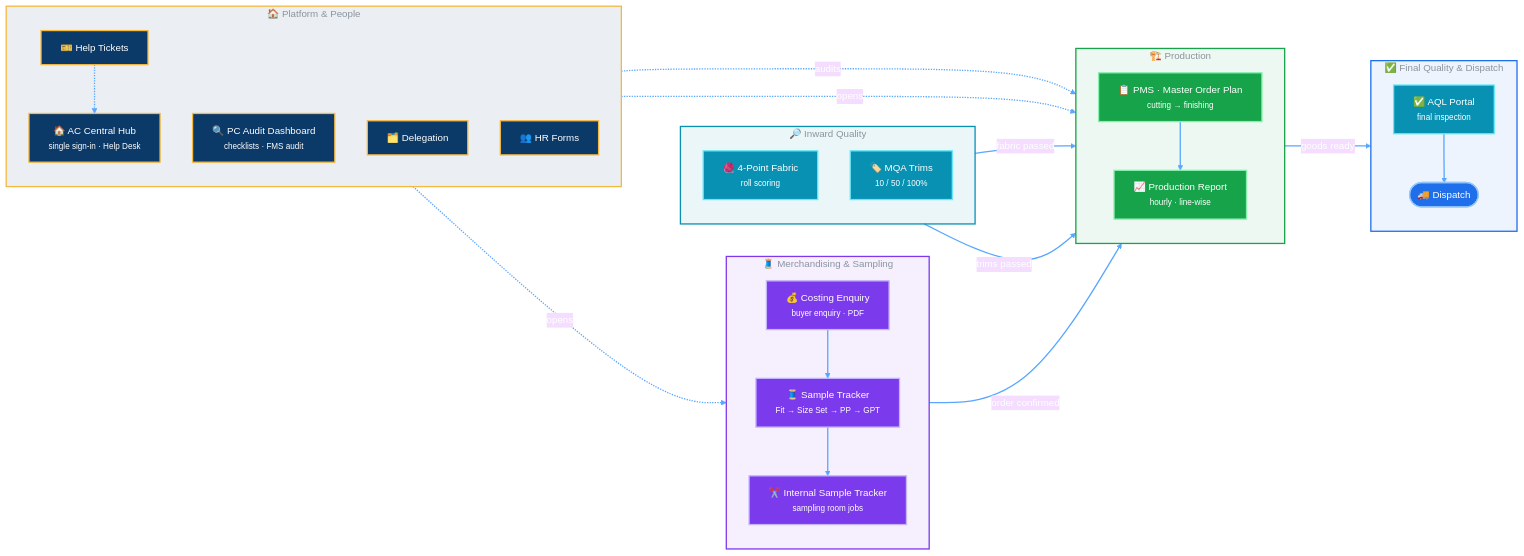
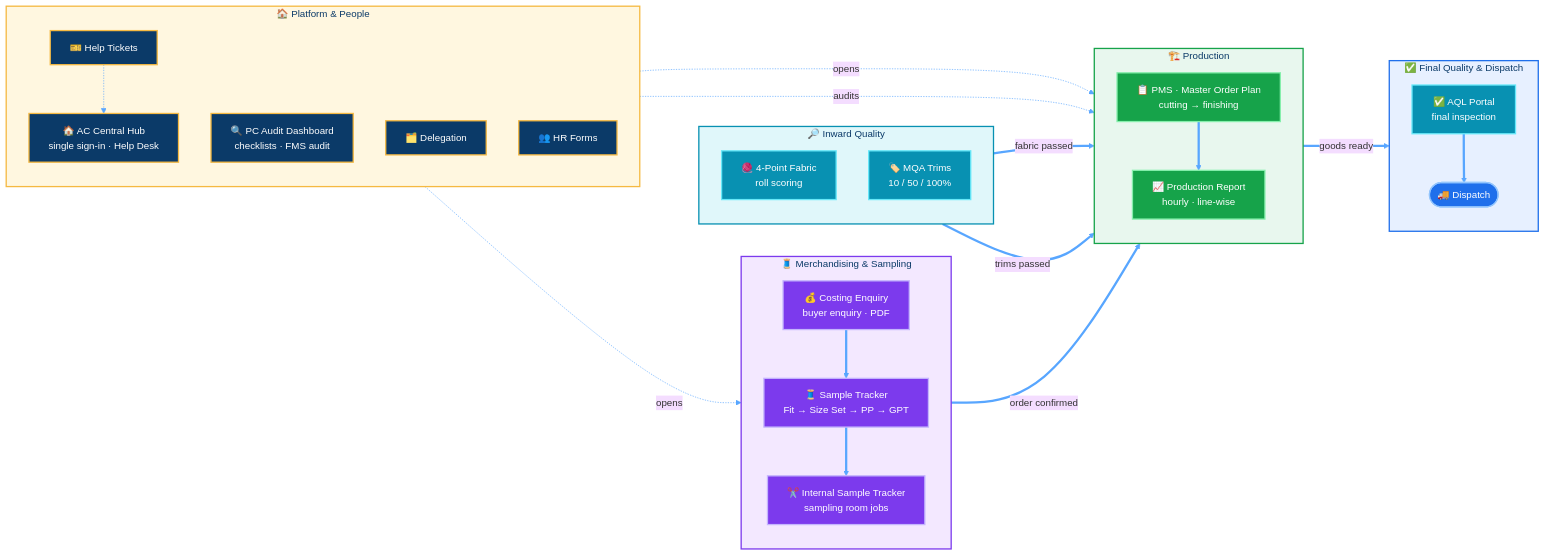
Before and after one commit to AbhinandanCreation/AbhinandanCreation: the diagram in README.md, drawn with Mermaid.

Commit message:
Profile: fix system map so GitHub renders it

````diff
--- a/README.md
+++ b/README.md
@@ -58,66 +58,65 @@
 ```mermaid
-%%{init: {'theme':'base','themeVariables':{'fontFamily':'Segoe UI, Helvetica, Arial','fontSize':'15px','lineColor':'#58a6ff','primaryTextColor':'#ffffff'}}}%%
+%%{init: {'theme':'base','themeVariables':{'fontFamily':'Segoe UI, Helvetica, Arial','fontSize':'15px','lineColor':'#58a6ff'}}}%%
 flowchart LR
     subgraph S1["🧵 Merchandising & Sampling"]
         direction TB
-        A["💰 Costing Enquiry<br/><small>buyer enquiry · PDF</small>"]
-        B["🧵 Sample Tracker<br/><small>Fit → Size Set → PP → GPT</small>"]
-        C["✂️ Internal Sample Tracker<br/><small>sampling room jobs</small>"]
+        A["💰 Costing Enquiry<br/>buyer enquiry · PDF"]
+        B["🧵 Sample Tracker<br/>Fit → Size Set → PP → GPT"]
+        C["✂️ Internal Sample Tracker<br/>sampling room jobs"]
         A ==> B ==> C
     end
 
     subgraph S2["🔎 Inward Quality"]
         direction TB
-        F["🧶 4-Point Fabric<br/><small>roll scoring</small>"]
-        M["🏷️ MQA Trims<br/><small>10 / 50 / 100%</small>"]
+        F["🧶 4-Point Fabric<br/>roll scoring"]
+        M["🏷️ MQA Trims<br/>10 / 50 / 100%"]
     end
 
     subgraph S3["🏗️ Production"]
         direction TB
-        D["📋 PMS · Master Order Plan<br/><small>cutting → finishing</small>"]
-        P["📈 Production Report<br/><small>hourly · line-wise</small>"]
+        D["📋 PMS · Master Order Plan<br/>cutting → finishing"]
+        P["📈 Production Report<br/>hourly · line-wise"]
         D ==> P
     end
 
     subgraph S4["✅ Final Quality & Dispatch"]
         direction TB
-        Q["✅ AQL Portal<br/><small>final inspection</small>"]
+        Q["✅ AQL Portal<br/>final inspection"]
         X(["🚚 Dispatch"])
         Q ==> X
     end
 
     subgraph S5["🏠 Platform & People"]
         direction TB
-        H["🏠 AC Central Hub<br/><small>single sign-in · Help Desk</small>"]
-        K["🔍 PC Audit Dashboard<br/><small>checklists · FMS audit</small>"]
+        H["🏠 AC Central Hub<br/>single sign-in · Help Desk"]
+        K["🔍 PC Audit Dashboard<br/>checklists · FMS audit"]
         T["🎫 Help Tickets"]
         G["🗂️ Delegation"]
         R["👥 HR Forms"]
     end
 
     B ==>|order confirmed| D
     F ==>|fabric passed| D
     M ==>|trims passed| D
     P ==>|goods ready| Q
-    H -.->|opens| S1
-    H -.->|opens| S3
+    H -.->|opens| B
+    H -.->|opens| D
     K -.->|audits| D
     T -.-> H
 
     classDef merch fill:#7c3aed,stroke:#c4b5fd,stroke-width:2px,color:#fff
     classDef qc fill:#0891b2,stroke:#67e8f9,stroke-width:2px,color:#fff
     classDef prod fill:#16a34a,stroke:#86efac,stroke-width:2px,color:#fff
     classDef ship fill:#1f6feb,stroke:#93c5fd,stroke-width:2px,color:#fff
     classDef plat fill:#0b3a68,stroke:#f5b942,stroke-width:2px,color:#fff
     class A,B,C merch
     class F,M,Q qc
     class D,P prod
     class X ship
     class H,K,T,G,R plat
-    style S1 fill:#7c3aed14,stroke:#7c3aed,stroke-width:2px,color:#8b949e
-    style S2 fill:#0891b214,stroke:#0891b2,stroke-width:2px,color:#8b949e
-    style S3 fill:#16a34a14,stroke:#16a34a,stroke-width:2px,color:#8b949e
-    style S4 fill:#1f6feb14,stroke:#1f6feb,stroke-width:2px,color:#8b949e
-    style S5 fill:#0b3a6814,stroke:#f5b942,stroke-width:2px,color:#8b949e
-    linkStyle default stroke:#58a6ff,stroke-width:2px
+    style S1 fill:#f3e8ff,stroke:#7c3aed,stroke-width:2px,color:#0b3a68
+    style S2 fill:#e0f7fa,stroke:#0891b2,stroke-width:2px,color:#0b3a68
+    style S3 fill:#e8f7ee,stroke:#16a34a,stroke-width:2px,color:#0b3a68
+    style S4 fill:#e7f0ff,stroke:#1f6feb,stroke-width:2px,color:#0b3a68
+    style S5 fill:#fff7e0,stroke:#f5b942,stroke-width:2px,color:#0b3a68
 ```
````
